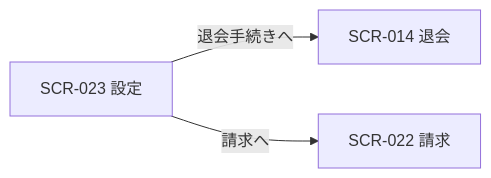
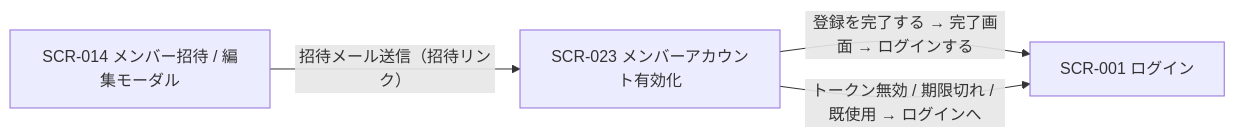
One commit to sikakou54/open-faq changed the diagram in 02_basic_design/01_screens/SCR-023.md. Above: the diagram before and after it, drawn with Mermaid. The commit also changed other lines of this file and 617 other files, not shown here.

````diff
--- a/02_basic_design/01_screens/SCR-023.md
+++ b/02_basic_design/01_screens/SCR-023.md
@@ -36,8 +36,9 @@
 ```mermaid
 flowchart LR
-  S23["SCR-023 設定"]
-  S14["SCR-014 退会"]
-  S22["SCR-022 請求"]
-  S23 -->|退会手続きへ| S14
-  S23 -->|請求へ| S22
+  S0["SCR-014 メンバー招待 / 編集モーダル"]
+  S1["SCR-023 メンバーアカウント有効化"]
+  S2["SCR-001 ログイン"]
+  S0 -->|招待メール送信（招待リンク）| S1
+  S1 -->|登録を完了する → 完了画面 → ログインする| S2
+  S1 -->|トークン無効 / 期限切れ / 既使用 → ログインへ| S2
 ```
````
